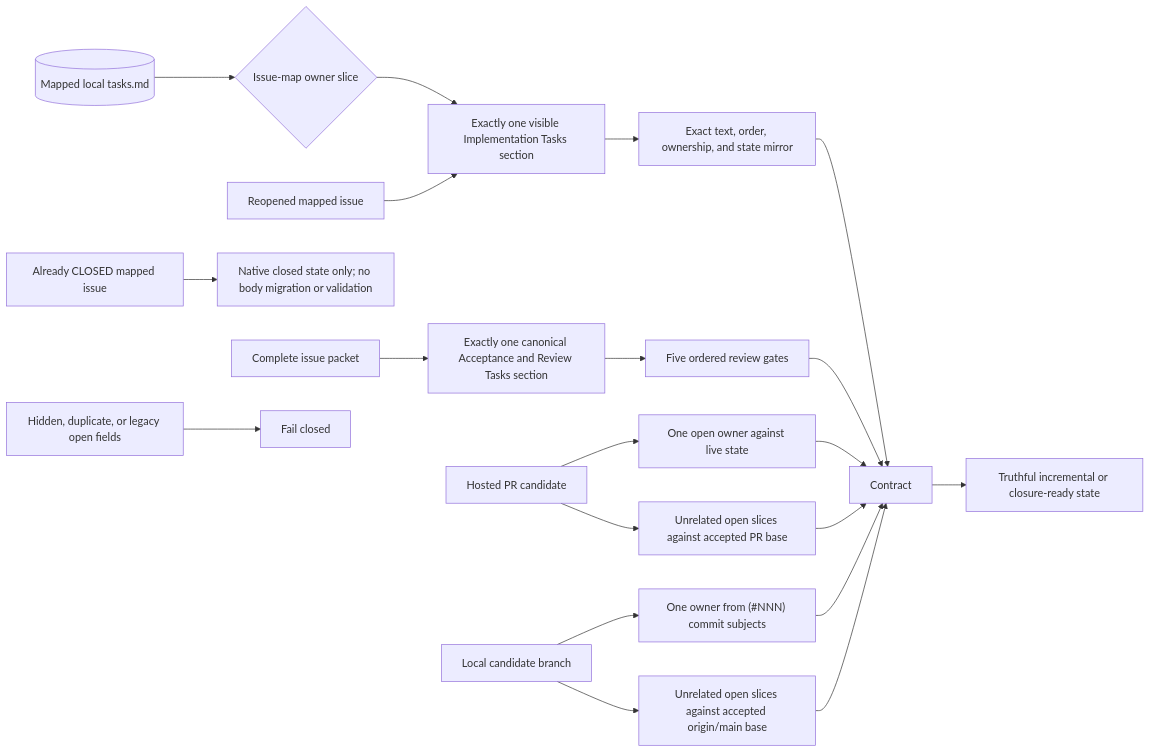
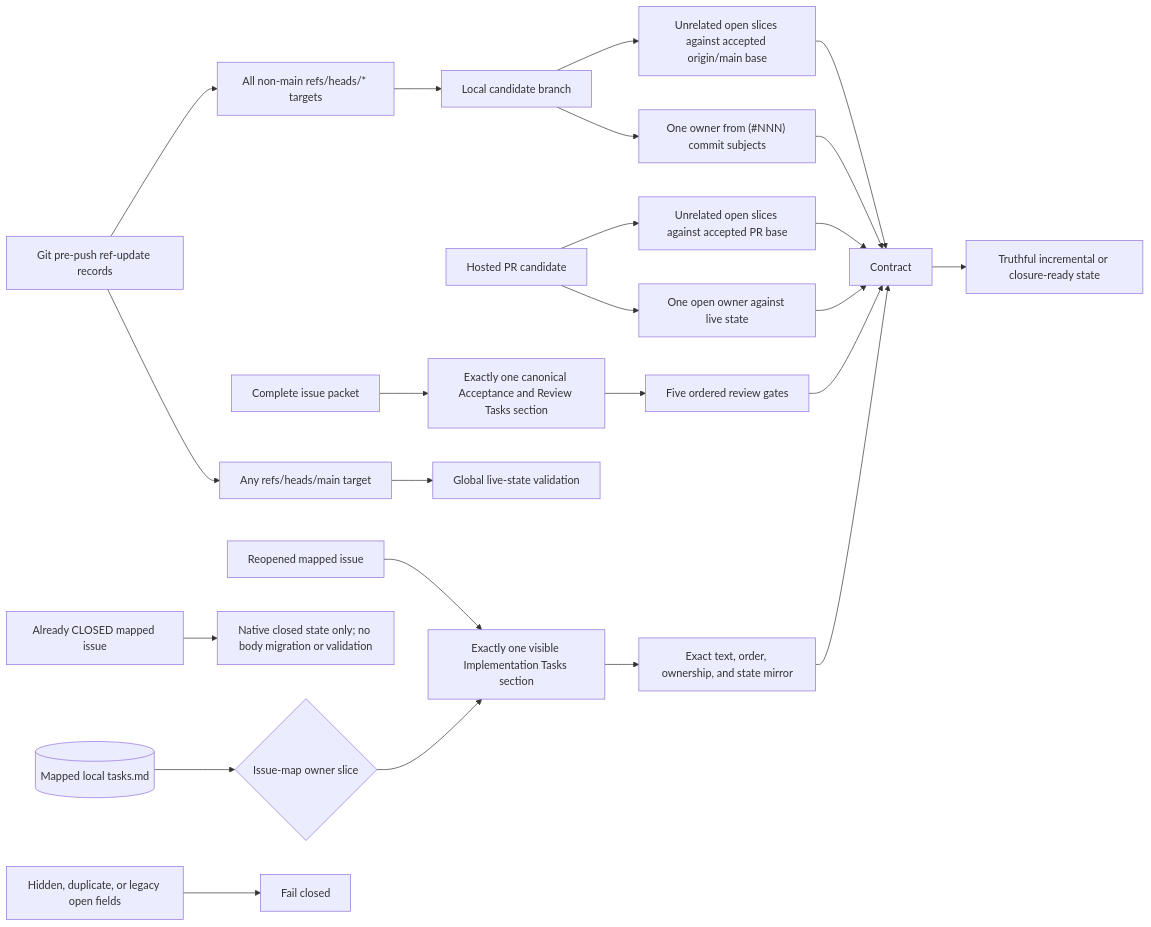
The first of 28 diagrams in docs/v050-release-architecture.md (styler-ai/ProjectAtlas), drawn with Mermaid before and after one commit. The commit also changed 6 other files, not shown here.

Commit message:
fix(issueops): dispatch pre-push validation by remote target (#549)

````diff
--- a/docs/v050-release-architecture.md
+++ b/docs/v050-release-architecture.md
@@ -7,22 +7,26 @@
 ```mermaid
 flowchart LR
     LocalTasks[(Mapped local tasks.md)] --> OwnerSlice{Issue-map owner slice}
     OwnerSlice --> Implementation[Exactly one visible Implementation Tasks section]
     IssuePacket[Complete issue packet] --> Acceptance[Exactly one canonical Acceptance and Review Tasks section]
     Implementation --> Sync[Exact text, order, ownership, and state mirror]
     Acceptance --> Gates[Five ordered review gates]
     Sync --> Contract
     Gates --> Contract
     PR[Hosted PR candidate] --> Owner[One open owner against live state]
     PR --> Base[Unrelated open slices against accepted PR base]
-    Candidate[Local candidate branch] --> CandidateOwner["One owner from (#NNN) commit subjects"]
+    Push[Git pre-push ref-update records] --> MainTarget["Any refs/heads/main target"]
+    Push --> CandidateTarget["All non-main refs/heads/* targets"]
+    MainTarget --> Global[Global live-state validation]
+    CandidateTarget --> Candidate[Local candidate branch]
+    Candidate --> CandidateOwner["One owner from (#NNN) commit subjects"]
     Candidate --> CandidateBase["Unrelated open slices against accepted origin/main base"]
     Owner --> Contract
     Base --> Contract
     CandidateOwner --> Contract
     CandidateBase --> Contract
     Closed[Already CLOSED mapped issue] --> Inert[Native closed state only; no body migration or validation]
     Reopened[Reopened mapped issue] --> Implementation
     Hidden[Hidden, duplicate, or legacy open fields] --> Reject[Fail closed]
     Contract --> Ready[Truthful incremental or closure-ready state]
 ```
````
